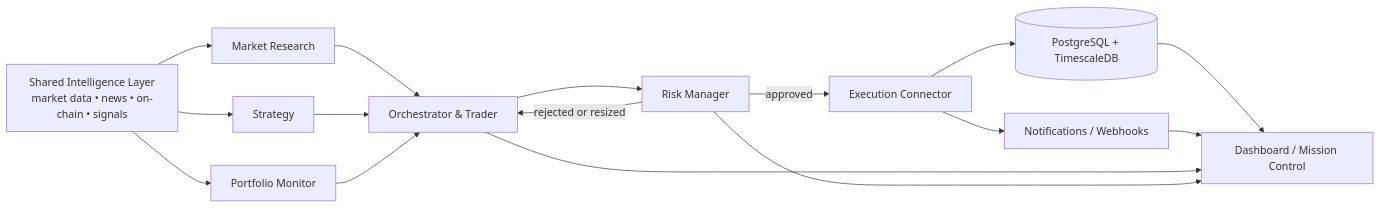
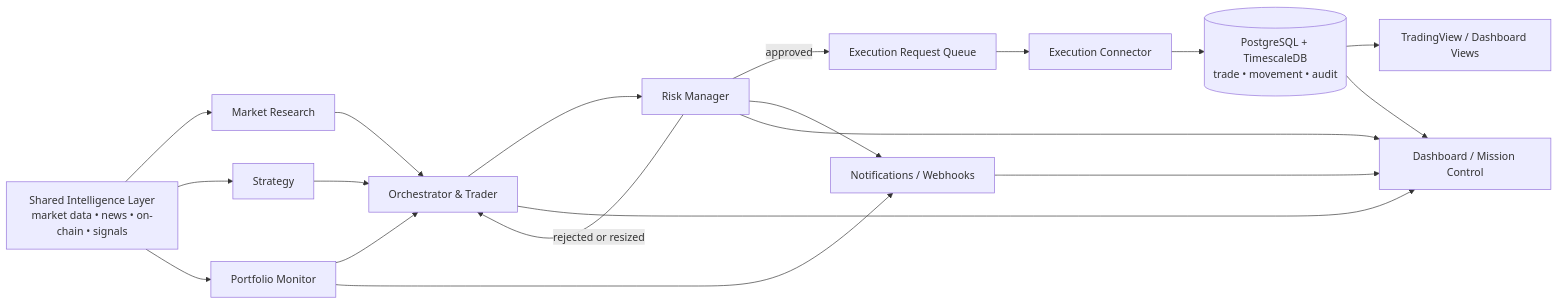
One commit to Gabriel-0110/.hermes changed the fifth of 7 diagrams in docs/architecture/hermes-trader-architecture.md. Above: the diagram before and after it, drawn with Mermaid. The commit also changed other lines of this file and 55 other files, not shown here.

````diff
--- a/docs/architecture/hermes-trader-architecture.md
+++ b/docs/architecture/hermes-trader-architecture.md
@@ -652,18 +701,21 @@
 ```mermaid
 flowchart LR
   A[Shared Intelligence Layer\nmarket data • news • on-chain • signals] --> B[Market Research]
   A --> C[Strategy]
   A --> D[Portfolio Monitor]
   B --> E[Orchestrator & Trader]
   C --> E
   D --> E
   E --> F[Risk Manager]
-  F -->|approved| G[Execution Connector]
+  F -->|approved| Q[Execution Request Queue]
   F -->|rejected or resized| E
-  G --> PG[(PostgreSQL + TimescaleDB)]
-  G --> NWH[Notifications / Webhooks]
+  D --> NWH[Notifications / Webhooks]
+  F --> NWH
+  Q --> G[Execution Connector]
+  G --> PG[(PostgreSQL + TimescaleDB\ntrade • movement • audit)]
+  PG --> TV[TradingView / Dashboard Views]
   PG --> J[Dashboard / Mission Control]
   NWH --> J
   E --> J
   F --> J
 ```
````
